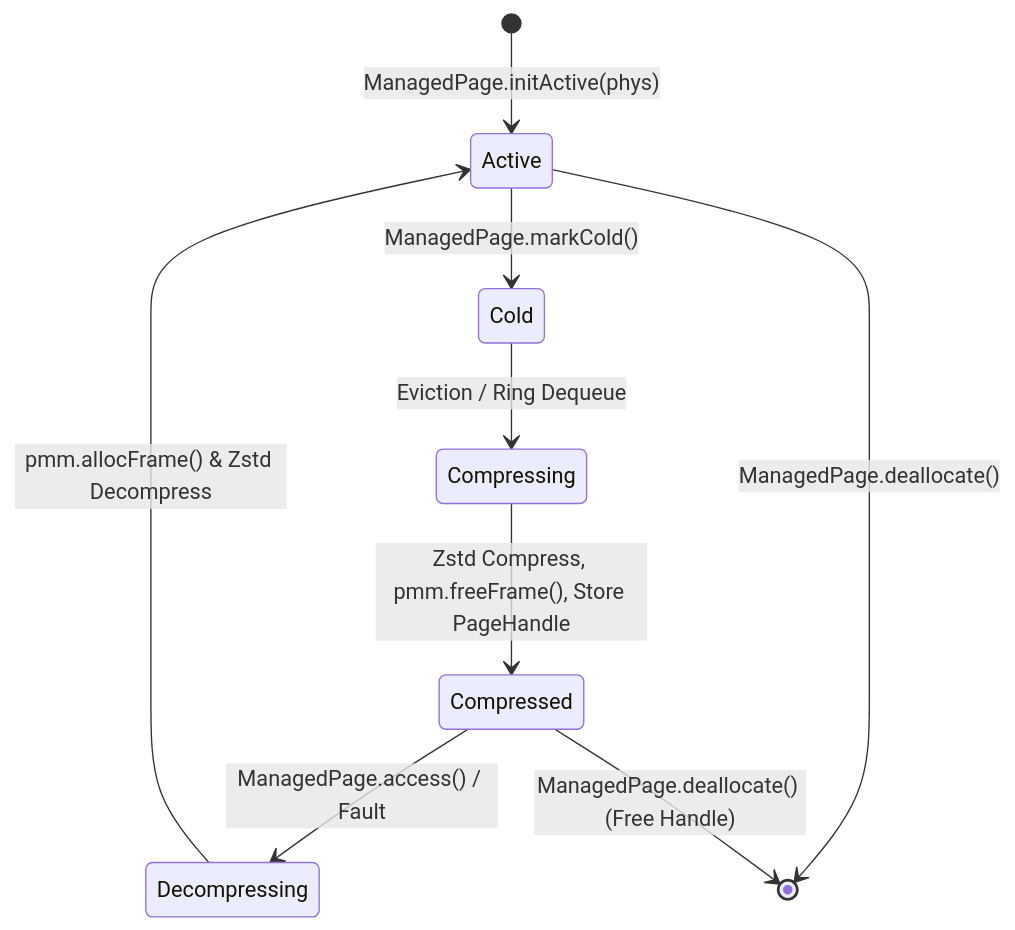
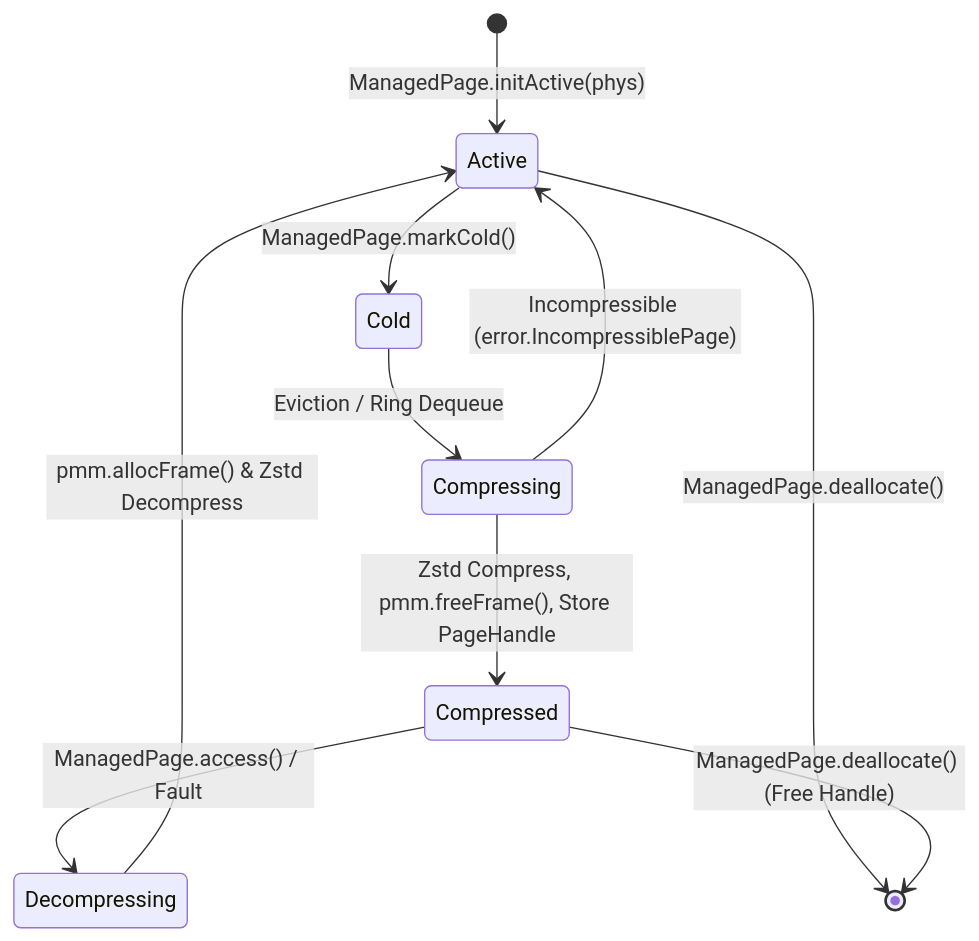
The diagram in DESIGN.md (Dercypt/ramOS), drawn with Mermaid before and after one commit. The commit also changed other lines of this file, not shown here.

Commit message:
docs(arch): document incompressible page transition to active state in DESIGN.md

````diff
--- a/DESIGN.md
+++ b/DESIGN.md
@@ -37,11 +37,12 @@
 ```mermaid
 stateDiagram-v2
     [*] --> Active: ManagedPage.initActive(phys)
     Active --> Cold: ManagedPage.markCold()
     Cold --> Compressing: Eviction / Ring Dequeue
     Compressing --> Compressed: Zstd Compress, pmm.freeFrame(), Store PageHandle
+    Compressing --> Active: Incompressible (error.IncompressiblePage)
     Compressed --> Decompressing: ManagedPage.access() / Fault
     Decompressing --> Active: pmm.allocFrame() & Zstd Decompress
     Active --> [*]: ManagedPage.deallocate()
     Compressed --> [*]: ManagedPage.deallocate() (Free Handle)
 ```
````
